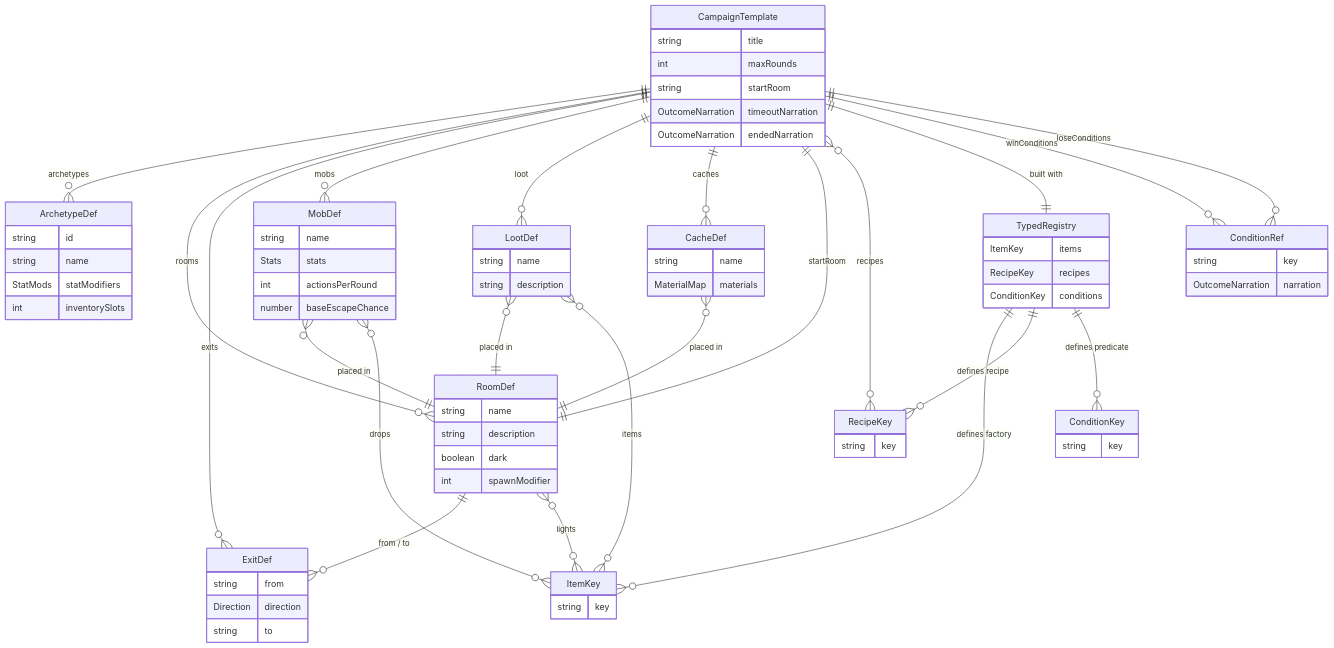
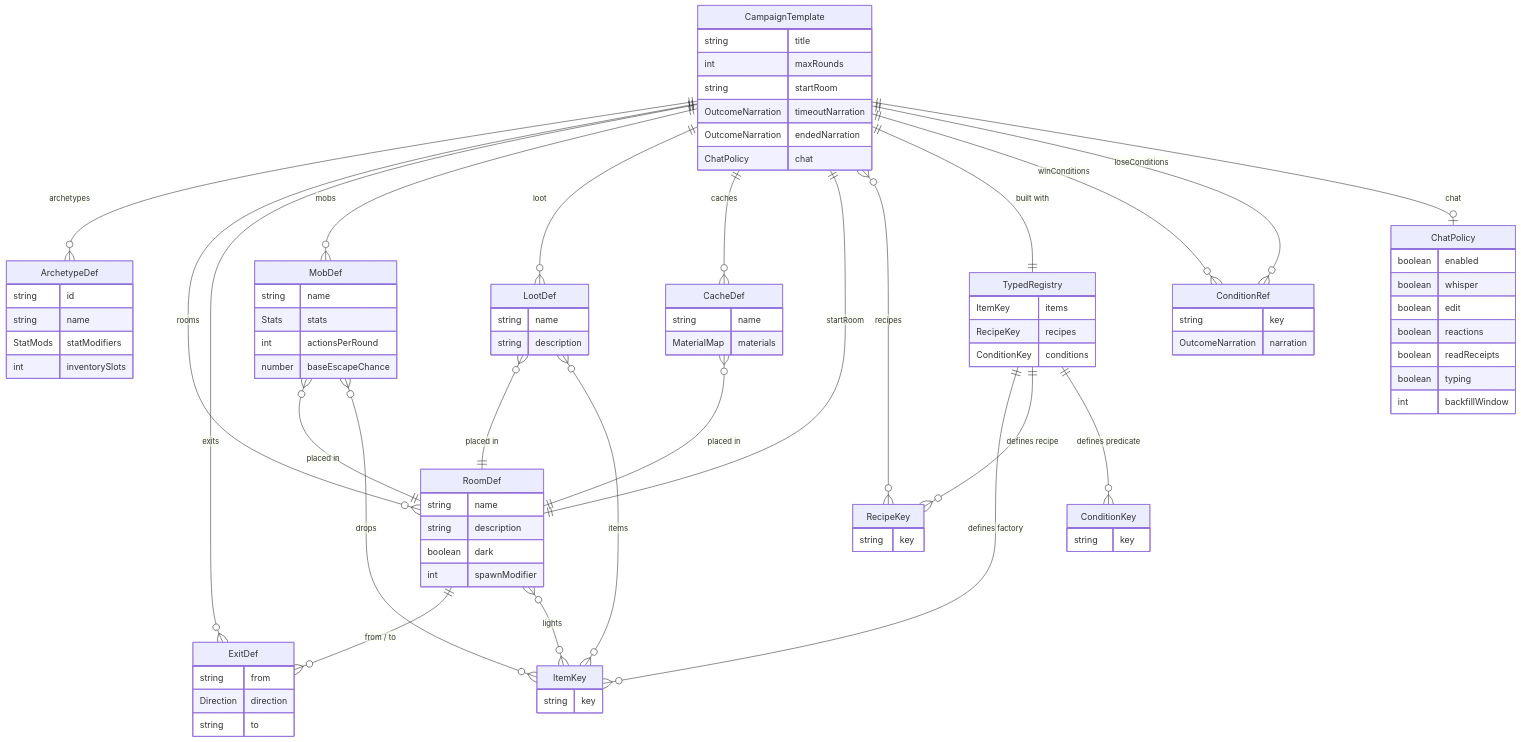
The first of 2 diagrams in docs-site/guide/data-model.md (daniel0mullins/WickedWays), drawn with Mermaid before and after one commit. The commit also changed 3 other files, not shown here.

Commit message:
docs(chat): document text chat, ChatPolicy, and the player roster

```diff
--- a/docs-site/guide/data-model.md
+++ b/docs-site/guide/data-model.md
@@ -35,6 +35,7 @@
     CampaignTemplate ||--|| TypedRegistry : "built with"
     CampaignTemplate ||--o{ ConditionRef : winConditions
     CampaignTemplate ||--o{ ConditionRef : loseConditions
+    CampaignTemplate ||--o| ChatPolicy : chat
 
     RoomDef ||--o{ ExitDef : "from / to"
     MobDef }o--|| RoomDef : "placed in"
@@ -55,6 +56,16 @@
         string startRoom
         OutcomeNarration timeoutNarration
         OutcomeNarration endedNarration
+        ChatPolicy chat
+    }
+    ChatPolicy {
+        boolean enabled
+        boolean whisper
+        boolean edit
+        boolean reactions
+        boolean readReceipts
+        boolean typing
+        int backfillWindow
     }
     ArchetypeDef {
         string id
```
